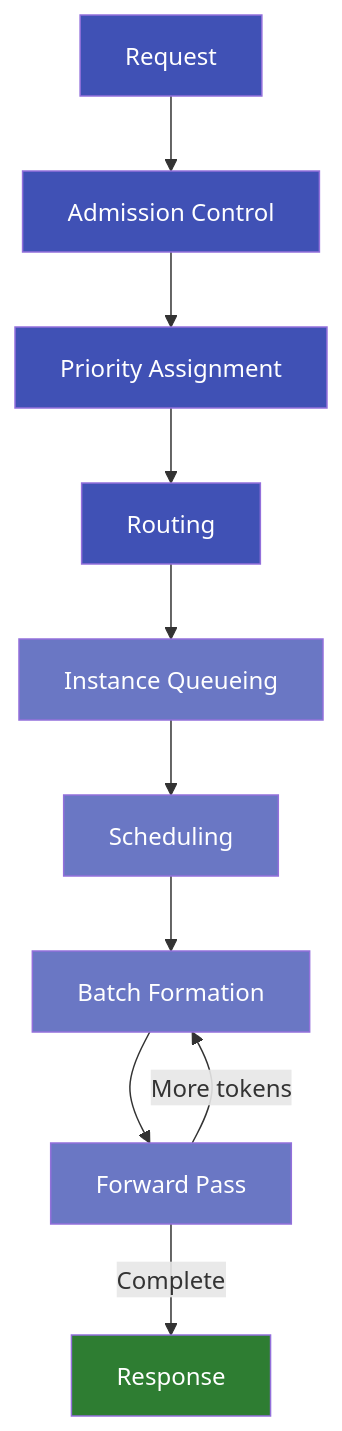
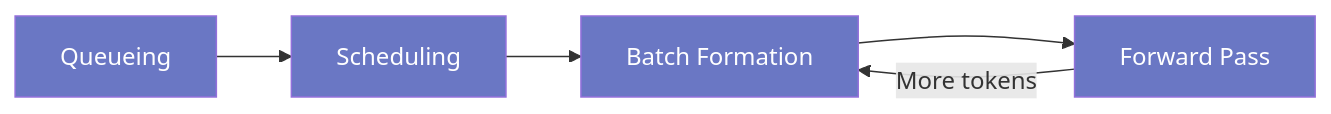
Before and after one commit to inference-sim/inference-sim: the third of 5 diagrams in docs/blog/posts/why-simulate-before-you-scale.md, drawn with Mermaid. The commit also changed other lines of this file, not shown here.

Commit message:
fix(docs): split pipeline into two labeled horizontal diagrams
Use two separate mermaid diagrams with markdown labels for clean
cluster vs instance separation. Both flow left-to-right. Instance
level shows the batch formation → forward pass loop.

````diff
--- a/docs/blog/posts/why-simulate-before-you-scale.md
+++ b/docs/blog/posts/why-simulate-before-you-scale.md
@@ -50,20 +64,10 @@
 ```mermaid
-flowchart TD
-    R["Request"] --> AC["Admission Control"] --> PS["Priority Assignment"] --> RT["Routing"]
-    RT --> IQ["Instance Queueing"]
-    IQ --> IS["Scheduling"]
-    IS --> BF["Batch Formation"]
-    BF --> FP["Forward Pass"]
+flowchart LR
+    IQ["Queueing"] --> IS["Scheduling"] --> BF["Batch Formation"] --> FP["Forward Pass"]
     FP -->|"More tokens"| BF
-    FP -->|"Complete"| Out["Response"]
 
-    style R fill:#4051b5,color:#fff
-    style AC fill:#4051b5,color:#fff
-    style PS fill:#4051b5,color:#fff
-    style RT fill:#4051b5,color:#fff
     style IQ fill:#6a77c4,color:#fff
     style IS fill:#6a77c4,color:#fff
     style BF fill:#6a77c4,color:#fff
     style FP fill:#6a77c4,color:#fff
-    style Out fill:#2e7d32,color:#fff
 ```
````
